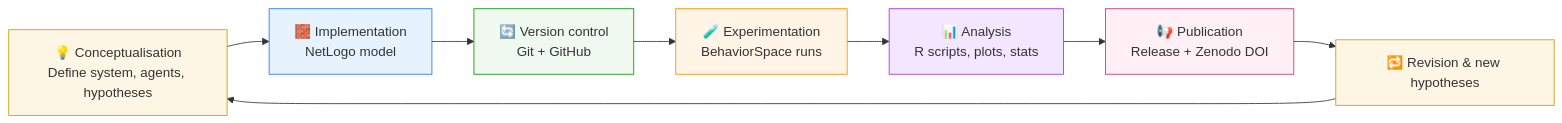
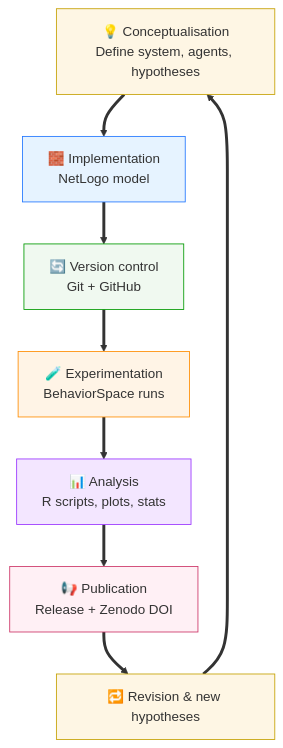
One commit to CoDArchLab-ABM/course-guide changed the diagram in dev-workflow.qmd. Above: the diagram before and after it, drawn with Mermaid. The commit also changed other lines of this file and 2 other files, not shown here.

Commit message:
Switch diagrams from DiagrammeR to Mermaid syntax
Replaced R-based DiagrammeR diagrams with native Mermaid code blocks in analysis-preprocessing.qmd and sim-behavior-space.qmd for improved compatibility and readability. Updated dev-workflow.qmd to use Mermaid for workflow visualization and commented out the old text-based diagram.

````diff
--- a/dev-workflow.qmd
+++ b/dev-workflow.qmd
@@ -40,19 +39,17 @@
 ```{mermaid}
-%%| label: fig-mermaid
-%%| fig-width: 6
-flowchart LR
-    A[💡 Conceptualisation<br/>Define system, agents, hypotheses] --> B[🧱 Implementation<br/>NetLogo model]
-    B --> C[🔄 Version control<br/>Git + GitHub]
-    C --> D[🧪 Experimentation<br/>BehaviorSpace runs]
-    D --> E[📊 Analysis<br/>R scripts, plots, stats]
-    E --> F[📢 Publication<br/>Release + Zenodo DOI]
-    F --> G[🔁 Revision & new hypotheses]
-    G --> A
+flowchart TB
+    A[💡 Conceptualisation<br/>Define system, agents, hypotheses] ==> B[🧱 Implementation<br/>NetLogo model]
+    B ==> C[🔄 Version control<br/>Git + GitHub]
+    C ==> D[🧪 Experimentation<br/>BehaviorSpace runs]
+    D ==> E[📊 Analysis<br/>R scripts, plots, stats]
+    E ==> F[📢 Publication<br/>Release + Zenodo DOI]
+    F ==> G[🔁 Revision & new hypotheses]
+    G ==> A
     style A fill:#fef6e4,stroke:#c4a000,stroke-width:1px
     style B fill:#e6f3ff,stroke:#2176ff,stroke-width:1px
     style C fill:#f0f9f0,stroke:#009900,stroke-width:1px
     style D fill:#fff4e6,stroke:#ff8c00,stroke-width:1px
     style E fill:#f3e6ff,stroke:#9933ff,stroke-width:1px
     style F fill:#fff0f5,stroke:#cc3366,stroke-width:1px
     style G fill:#fef6e4,stroke:#c4a000,stroke-width:1px
 ```
````
